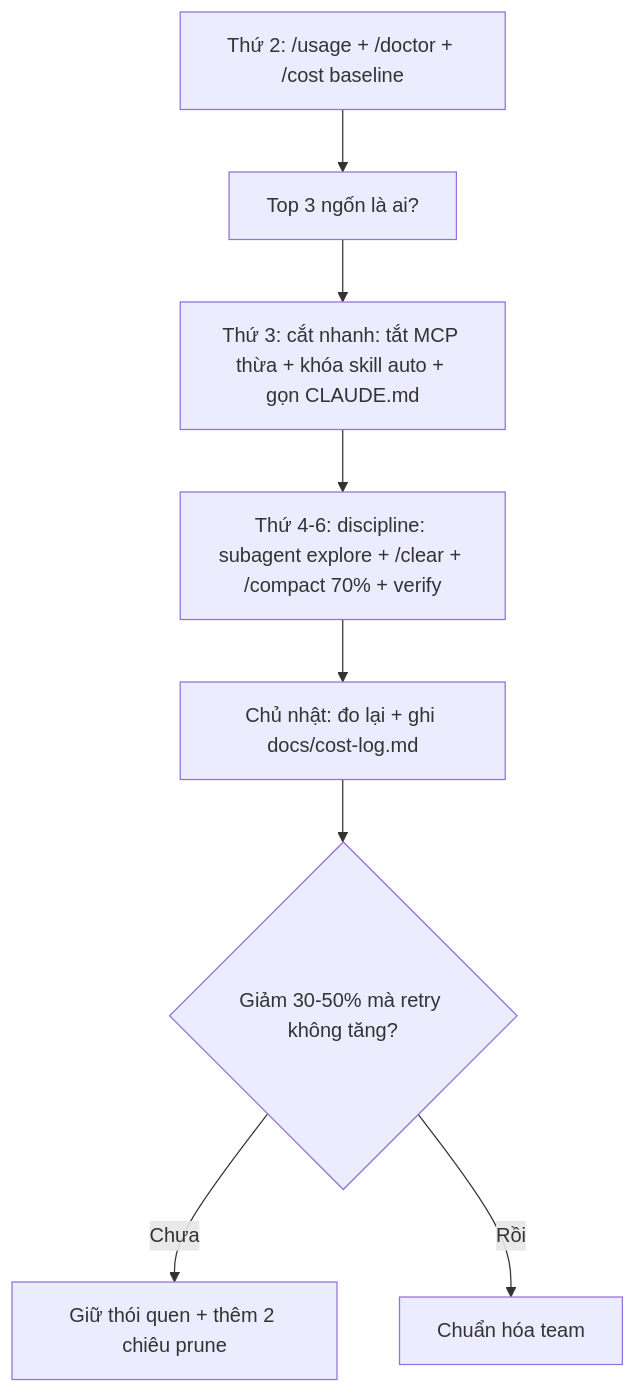
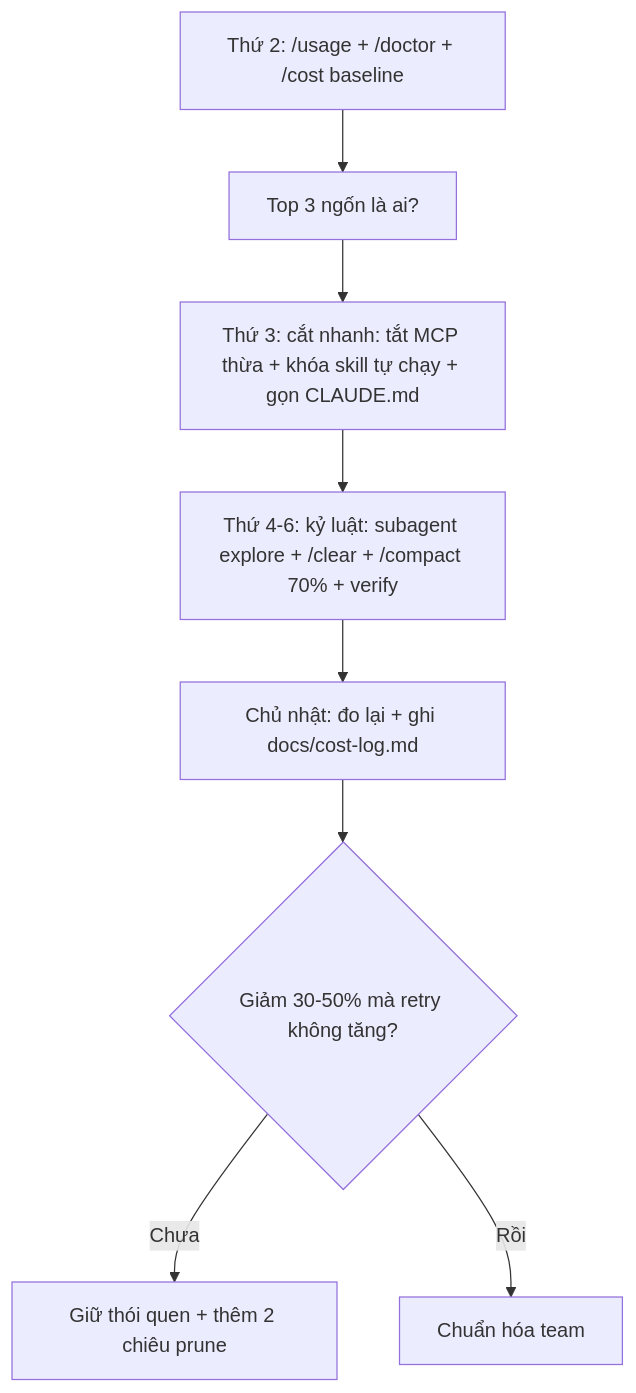
Before and after one commit to nbhson/tutorial-claude-code: the diagram in 02-tips-thuc-chien/08-tiet-kiem-cost-token.md, drawn with Mermaid. The commit also changed other lines of this file and 127 other files, not shown here.

````diff
--- a/02-tips-thuc-chien/08-tiet-kiem-cost-token.md
+++ b/02-tips-thuc-chien/08-tiet-kiem-cost-token.md
@@ -336,10 +470,10 @@
 ```mermaid
 flowchart TD
     A["Thứ 2: /usage + /doctor + /cost baseline"] --> B[Top 3 ngốn là ai?]
-    B --> C["Thứ 3: cắt nhanh: tắt MCP thừa + khóa skill auto + gọn CLAUDE.md"]
-    C --> D["Thứ 4-6: discipline: subagent explore + /clear + /compact 70% + verify"]
+    B --> C["Thứ 3: cắt nhanh: tắt MCP thừa + khóa skill tự chạy + gọn CLAUDE.md"]
+    C --> D["Thứ 4-6: kỷ luật: subagent explore + /clear + /compact 70% + verify"]
     D --> E["Chủ nhật: đo lại + ghi docs/cost-log.md"]
     E --> F{Giảm 30-50% mà retry không tăng?}
     F -->|Chưa| G[Giữ thói quen + thêm 2 chiêu prune]
     F -->|Rồi| H[Chuẩn hóa team]
 ```
````
